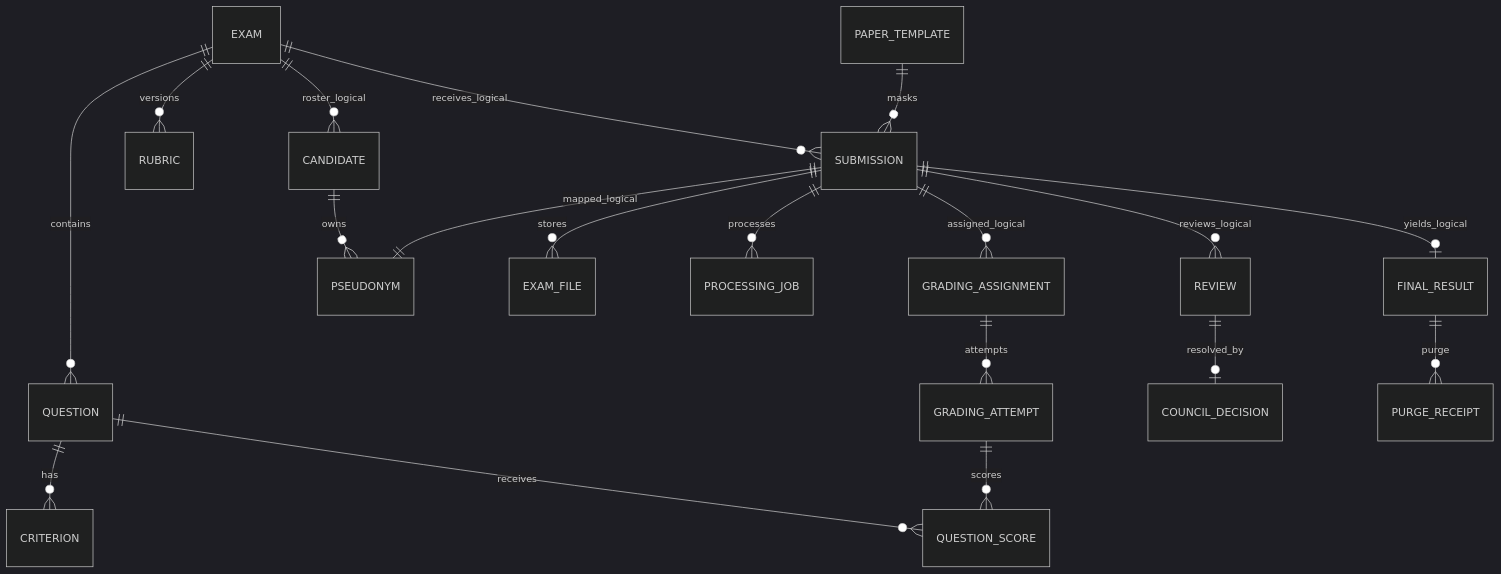
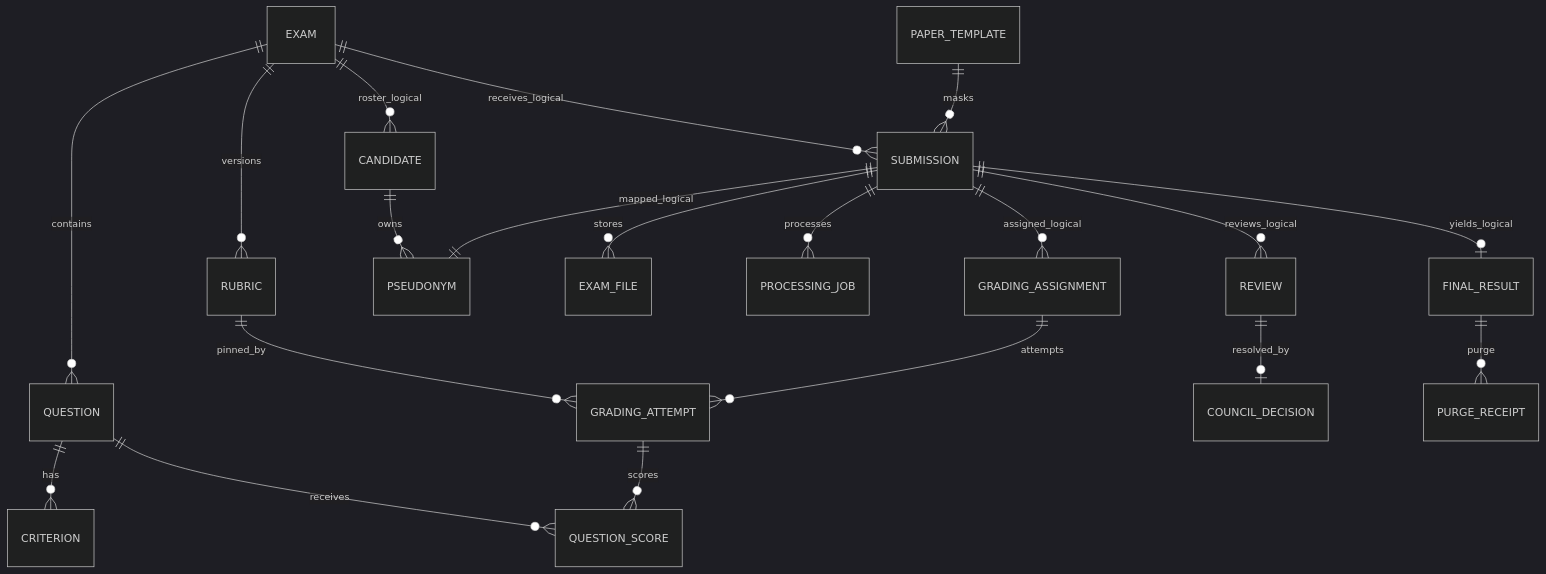
The diagram in documentation/specification/source/04-data-model-final.md (Y0KUNA/Online-Exam-Grading), drawn with Mermaid (dark theme) before and after one commit. The commit also changed other lines of this file and 12 other files, not shown here.

````diff
--- a/documentation/specification/source/04-data-model-final.md
+++ b/documentation/specification/source/04-data-model-final.md
@@ -71,21 +72,22 @@
 ```mermaid
 erDiagram
   EXAM ||--o{ QUESTION : contains
   QUESTION ||--o{ CRITERION : has
   EXAM ||--o{ RUBRIC : versions
   EXAM ||--o{ CANDIDATE : roster_logical
   EXAM ||--o{ SUBMISSION : receives_logical
   CANDIDATE ||--o{ PSEUDONYM : owns
   SUBMISSION ||--|| PSEUDONYM : mapped_logical
   PAPER_TEMPLATE ||--o{ SUBMISSION : masks
   SUBMISSION ||--o{ EXAM_FILE : stores
   SUBMISSION ||--o{ PROCESSING_JOB : processes
   SUBMISSION ||--o{ GRADING_ASSIGNMENT : assigned_logical
   GRADING_ASSIGNMENT ||--o{ GRADING_ATTEMPT : attempts
+  RUBRIC ||--o{ GRADING_ATTEMPT : pinned_by
   GRADING_ATTEMPT ||--o{ QUESTION_SCORE : scores
   QUESTION ||--o{ QUESTION_SCORE : receives
   SUBMISSION ||--o{ REVIEW : reviews_logical
   REVIEW ||--o| COUNCIL_DECISION : resolved_by
   SUBMISSION ||--o| FINAL_RESULT : yields_logical
   FINAL_RESULT ||--o{ PURGE_RECEIPT : purge
 ```
````
